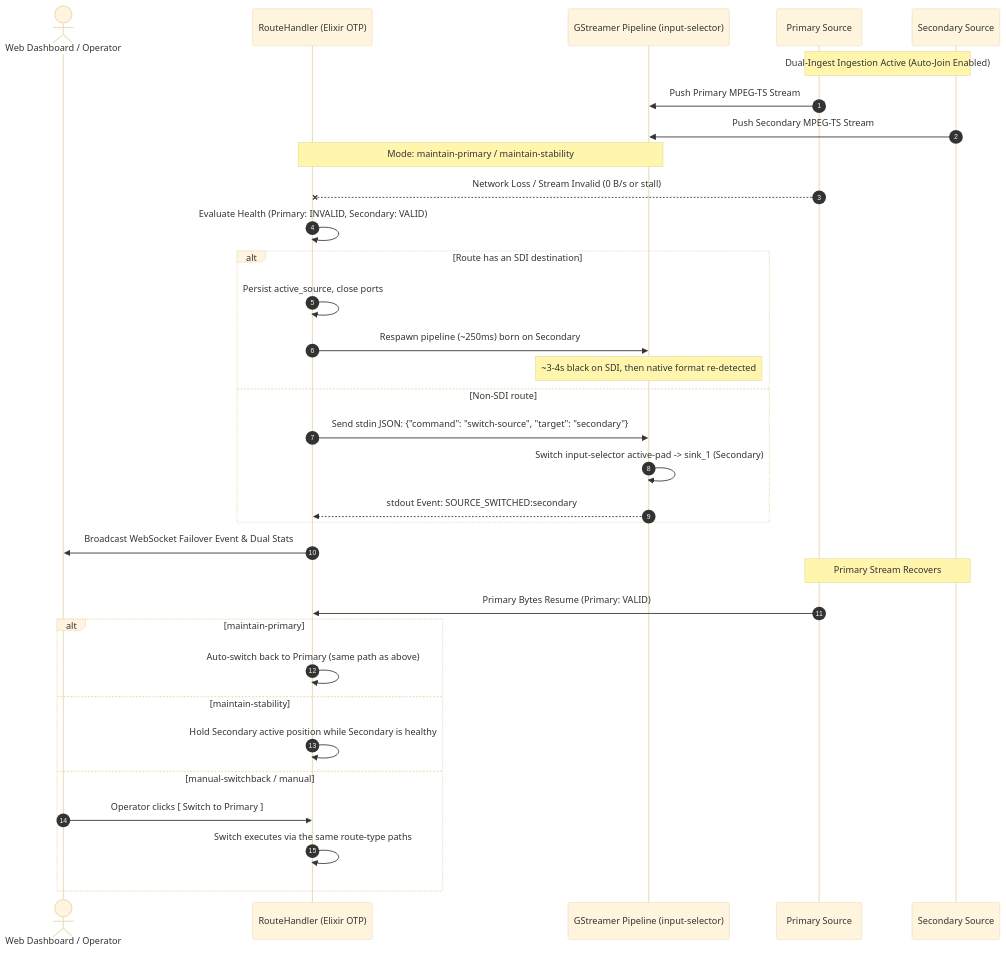
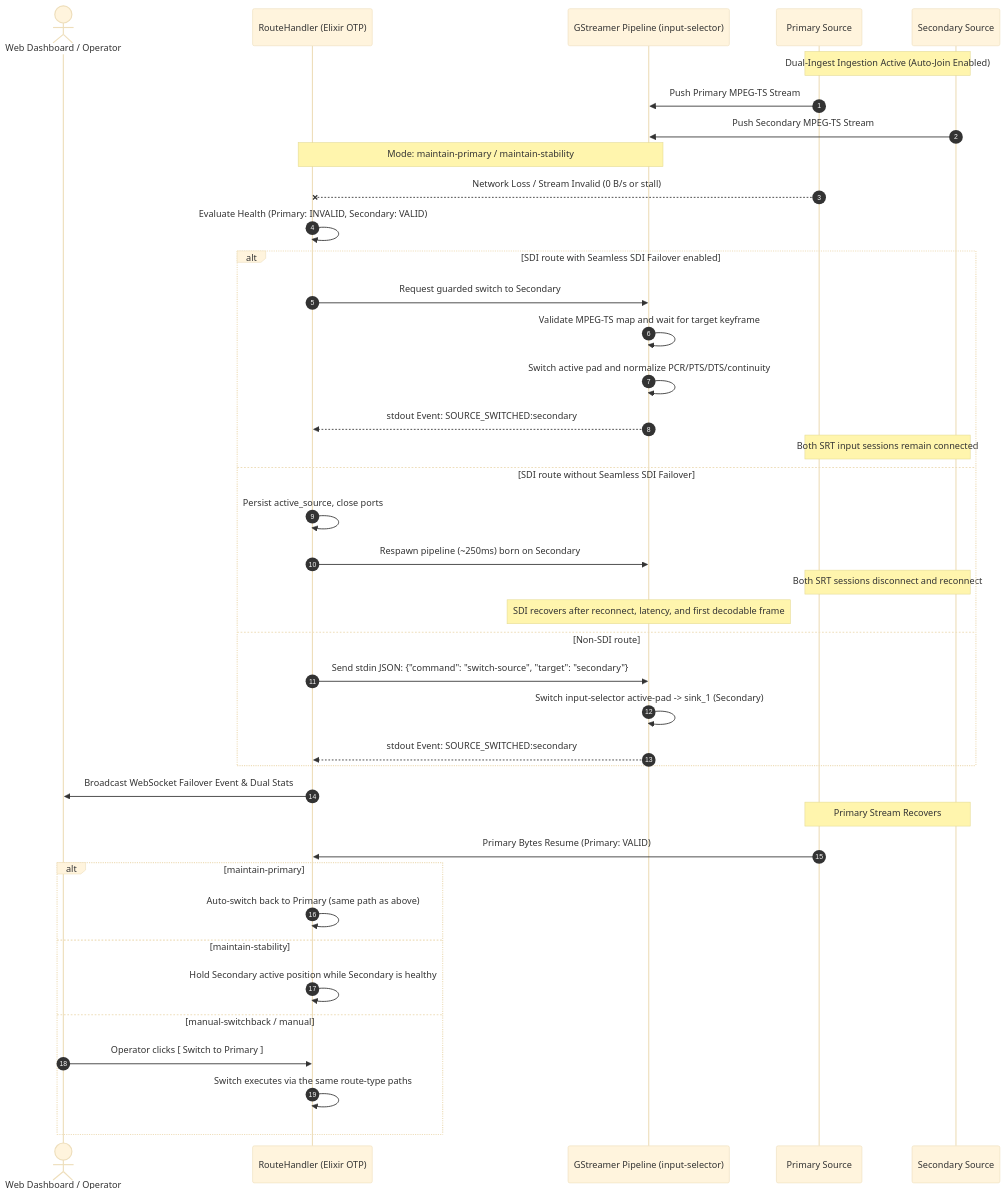
Before and after one commit to visual-alchemy/blackgate-project: the fourth of 4 diagrams in README.md, drawn with Mermaid (base theme). The commit also changed other lines of this file and 10 other files, not shown here.

Commit message:
Stabilize seamless SDI failover and telemetry

````diff
--- a/README.md
+++ b/README.md
@@ -263,39 +293,46 @@
 ```mermaid
 sequenceDiagram
     autonumber
     actor Op as Web Dashboard / Operator
     participant RH as RouteHandler (Elixir OTP)
     participant C as GStreamer Pipeline (input-selector)
     participant PS as Primary Source
     participant SS as Secondary Source
 
     Note over PS, SS: Dual-Ingest Ingestion Active (Auto-Join Enabled)
     PS->>C: Push Primary MPEG-TS Stream
     SS->>C: Push Secondary MPEG-TS Stream
 
     Note over RH, C: Mode: maintain-primary / maintain-stability
     PS--xRH: Network Loss / Stream Invalid (0 B/s or stall)
     RH->>RH: Evaluate Health (Primary: INVALID, Secondary: VALID)
 
-    alt Route has an SDI destination
+    alt SDI route with Seamless SDI Failover enabled
+        RH->>C: Request guarded switch to Secondary
+        C->>C: Validate MPEG-TS map and wait for target keyframe
+        C->>C: Switch active pad and normalize PCR/PTS/DTS/continuity
+        C-->>RH: stdout Event: SOURCE_SWITCHED:secondary
+        Note over PS, SS: Both SRT input sessions remain connected
+    else SDI route without Seamless SDI Failover
         RH->>RH: Persist active_source, close ports
         RH->>C: Respawn pipeline (~250ms) born on Secondary
-        Note over C: ~3-4s black on SDI, then native format re-detected
+        Note over PS, SS: Both SRT sessions disconnect and reconnect
+        Note over C: SDI recovers after reconnect, latency, and first decodable frame
     else Non-SDI route
         RH->>C: Send stdin JSON: {"command": "switch-source", "target": "secondary"}
         C->>C: Switch input-selector active-pad -> sink_1 (Secondary)
         C-->>RH: stdout Event: SOURCE_SWITCHED:secondary
     end
     RH->>Op: Broadcast WebSocket Failover Event & Dual Stats
 
     Note over PS, SS: Primary Stream Recovers
     PS->>RH: Primary Bytes Resume (Primary: VALID)
     alt maintain-primary
         RH->>RH: Auto-switch back to Primary (same path as above)
     else maintain-stability
         RH->>RH: Hold Secondary active position while Secondary is healthy
     else manual-switchback / manual
         Op->>RH: Operator clicks [ Switch to Primary ]
         RH->>RH: Switch executes via the same route-type paths
     end
 ```
````
